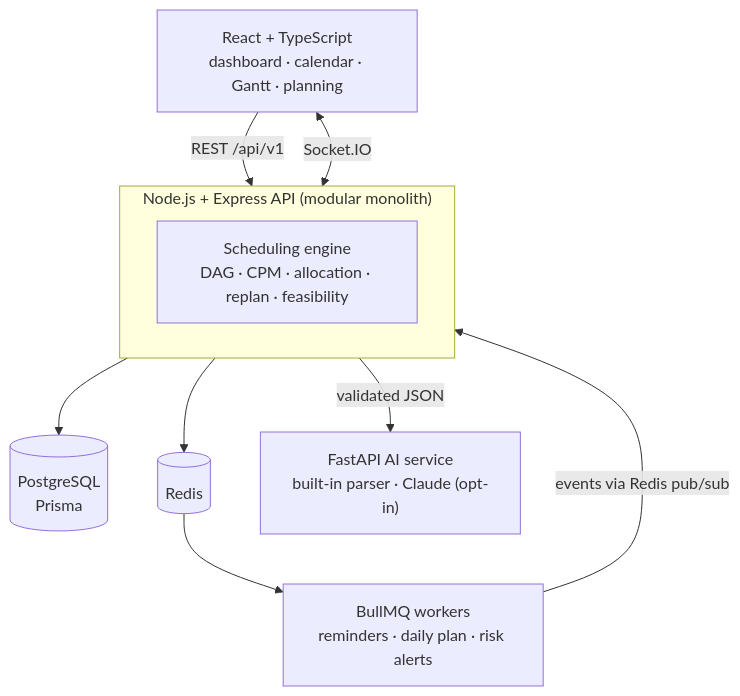
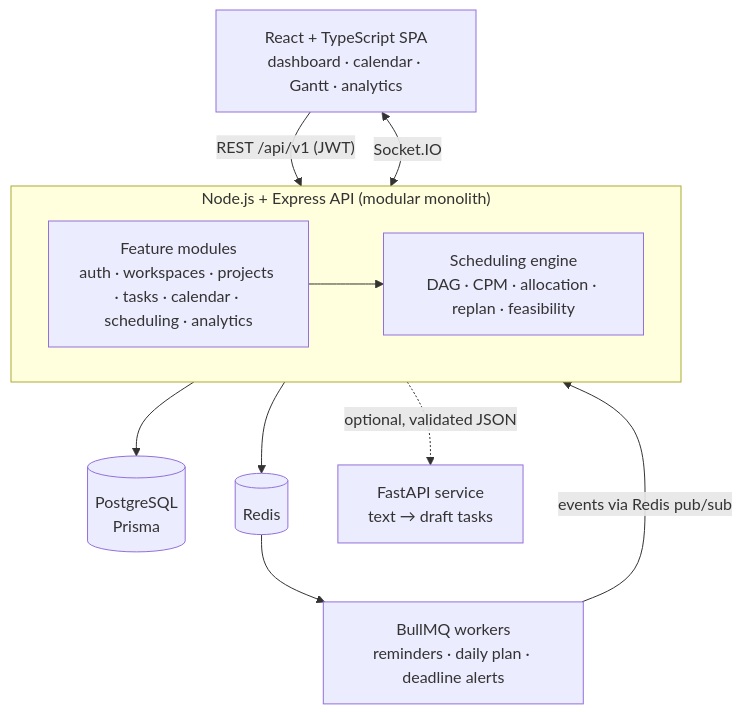
The diagram in README.md (assmitha2004/smart-scheduling), drawn with Mermaid before and after one commit. The commit also changed other lines of this file, not shown here.

First line of the commit message:
Rewrite README around the full-stack architecture

````diff
--- a/README.md
+++ b/README.md
@@ -123,13 +68,15 @@
 ```mermaid
 flowchart TB
-  UI["React + TypeScript<br/>dashboard · calendar · Gantt · planning"] -->|"REST /api/v1"| API
+  UI["React + TypeScript SPA<br/>dashboard · calendar · Gantt · analytics"] -->|"REST /api/v1 (JWT)"| API
   UI <-->|Socket.IO| API
   subgraph API["Node.js + Express API (modular monolith)"]
+    MOD["Feature modules<br/>auth · workspaces · projects · tasks · calendar · scheduling · analytics"]
     ENG["Scheduling engine<br/>DAG · CPM · allocation · replan · feasibility"]
+    MOD --> ENG
   end
   API --> PG[("PostgreSQL<br/>Prisma")]
   API --> RD[("Redis")]
-  RD --> WK["BullMQ workers<br/>reminders · daily plan · risk alerts"]
+  RD --> WK["BullMQ workers<br/>reminders · daily plan · deadline alerts"]
   WK -->|"events via Redis pub/sub"| API
-  API -->|"validated JSON"| AI["FastAPI AI service<br/>built-in parser · Claude (opt-in)"]
+  API -.->|"optional, validated JSON"| PY["FastAPI service<br/>text → draft tasks"]
 ```
````
